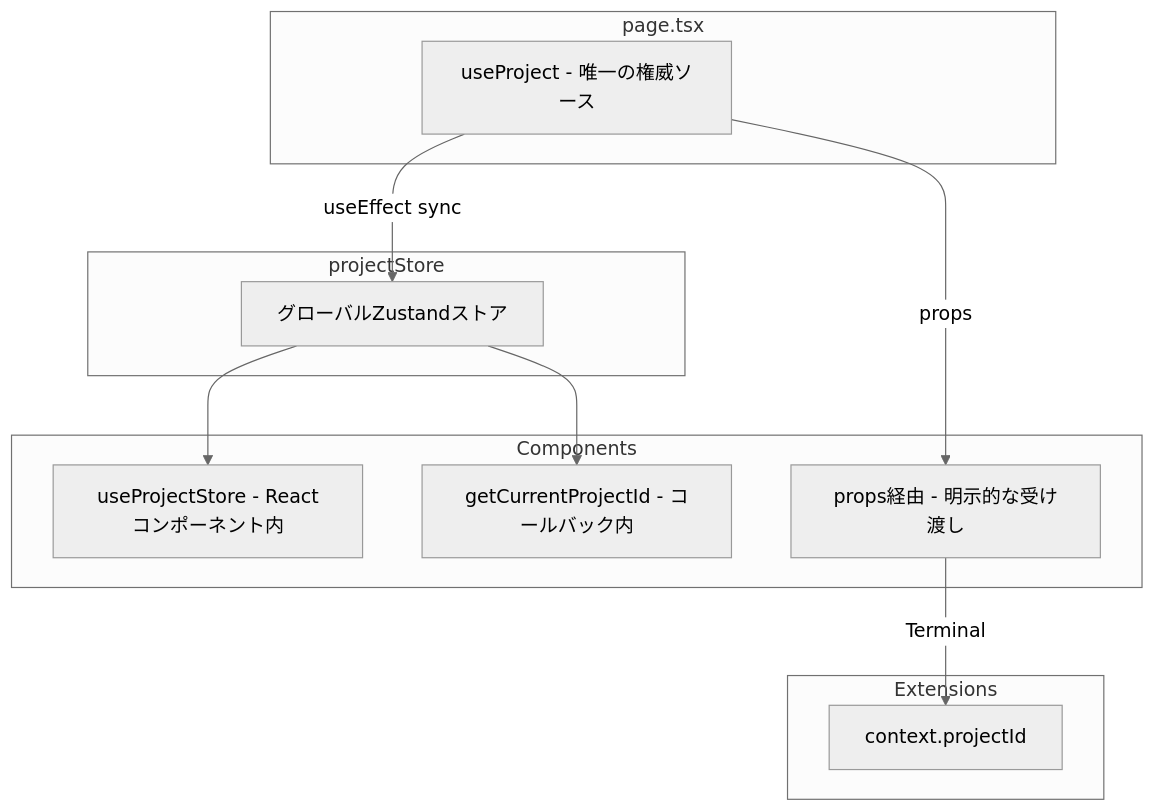
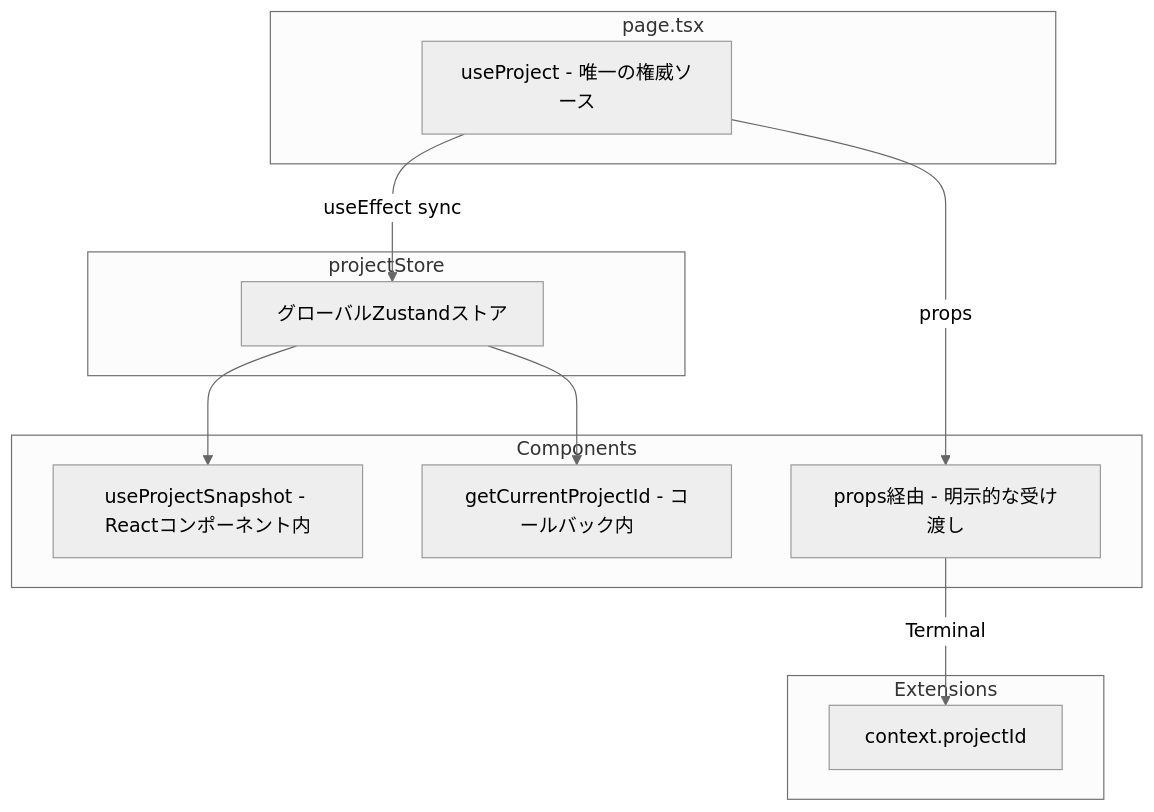
The diagram in Development/PROJECT-ID-BEST-PRACTICES.md (Stasshe/Pyxis-CodeCanvas), drawn with Mermaid (neutral theme) before and after one commit. The commit also changed other lines of this file and 7 other files, not shown here.

````diff
--- a/Development/PROJECT-ID-BEST-PRACTICES.md
+++ b/Development/PROJECT-ID-BEST-PRACTICES.md
@@ -34,26 +34,26 @@
 ```mermaid
 graph TB
     subgraph page.tsx
         A[useProject - 唯一の権威ソース]
     end
     
     subgraph projectStore
         B[グローバルZustandストア]
     end
     
     subgraph Components
-        C[useProjectStore - Reactコンポーネント内]
+        C[useProjectSnapshot - Reactコンポーネント内]
         D[getCurrentProjectId - コールバック内]
         E[props経由 - 明示的な受け渡し]
     end
     
     subgraph Extensions
         F[context.projectId]
     end
     
     A -->|useEffect sync| B
     B --> C
     B --> D
     A -->|props| E
     E -->|Terminal| F
 ```
````
